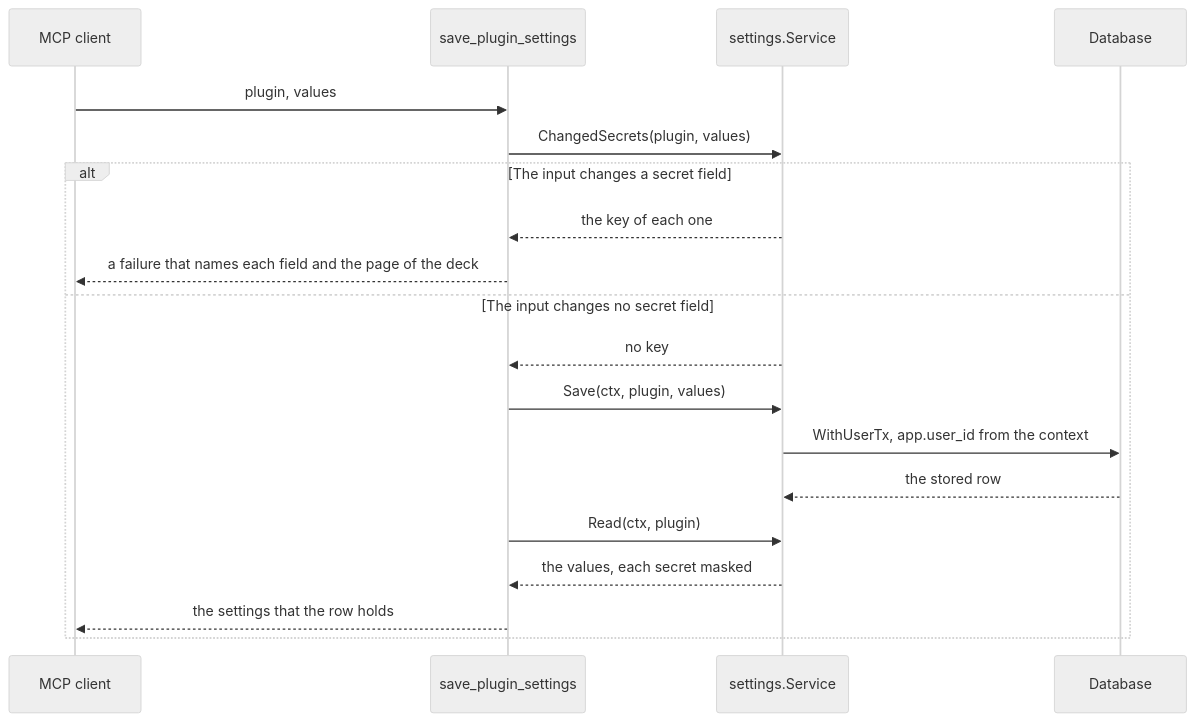
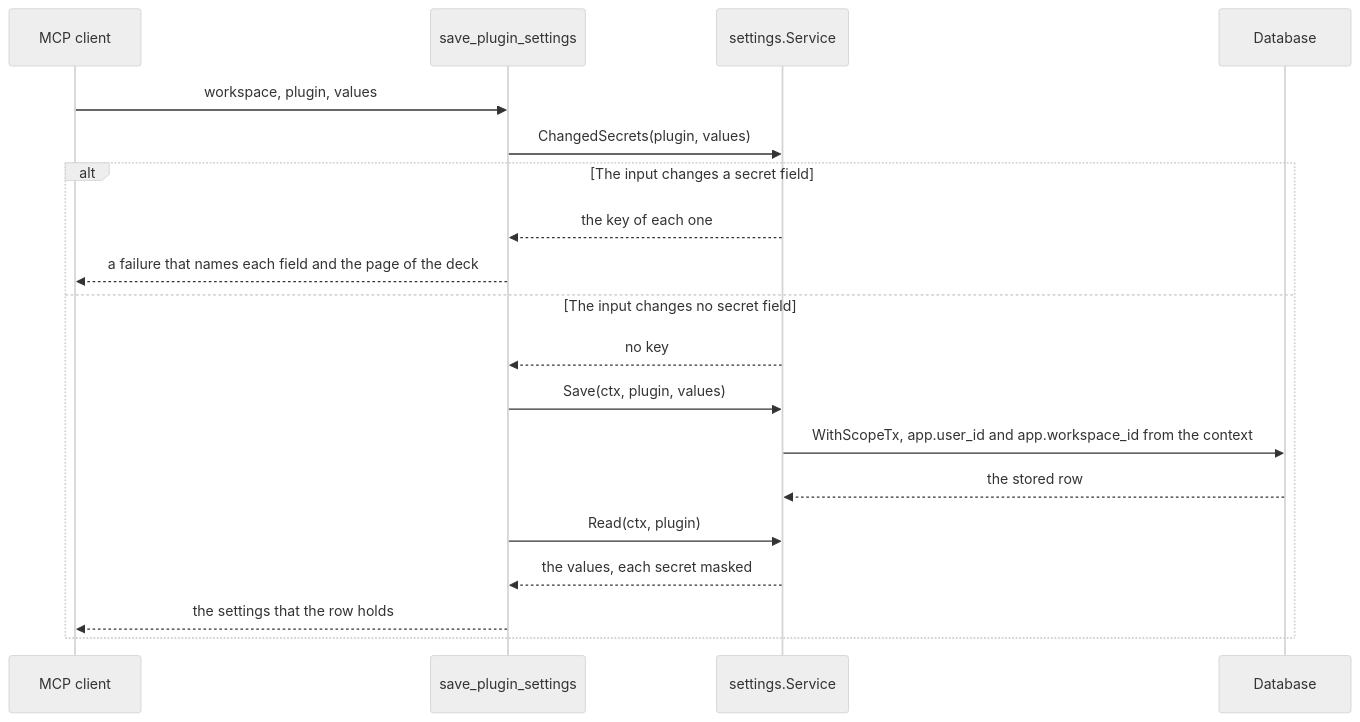
The diagram in specs/features/mcphub/spec-settings-tools.md (ABGEO/maroid), drawn with Mermaid (neutral theme) before and after one commit. The commit also changed other lines of this file and 38 other files, not shown here.

Commit message:
docs(specs): make the workspace the tenant of every plugin row

````diff
--- a/specs/features/mcphub/spec-settings-tools.md
+++ b/specs/features/mcphub/spec-settings-tools.md
@@ -175,22 +179,22 @@
 ```mermaid
 sequenceDiagram
     participant C as MCP client
     participant T as save_plugin_settings
     participant S as settings.Service
     participant D as Database
 
-    C->>T: plugin, values
+    C->>T: workspace, plugin, values
     T->>S: ChangedSecrets(plugin, values)
     alt The input changes a secret field
         S-->>T: the key of each one
         T-->>C: a failure that names each field and the page of the deck
     else The input changes no secret field
         S-->>T: no key
         T->>S: Save(ctx, plugin, values)
-        S->>D: WithUserTx, app.user_id from the context
+        S->>D: WithScopeTx, app.user_id and app.workspace_id from the context
         D-->>S: the stored row
         T->>S: Read(ctx, plugin)
         S-->>T: the values, each secret masked
         T-->>C: the settings that the row holds
     end
 ```
````
